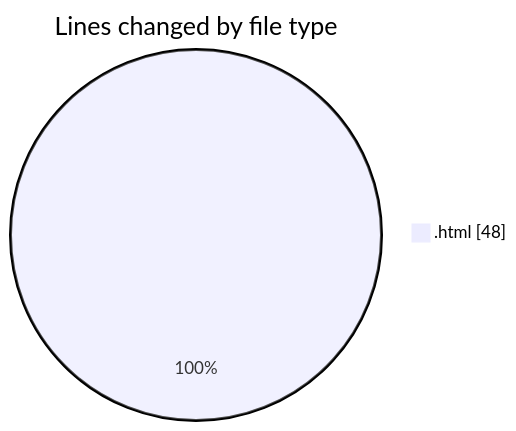
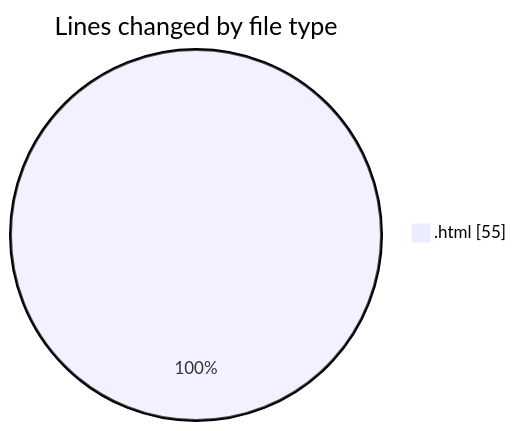
The first of 2 diagrams in 2025-01-07/nueva_carpeta/README.md (LanceThiago/code-tracking), drawn with Mermaid before and after one commit. The commit also changed other lines of this file and 1 other file, not shown here.

````diff
--- a/2025-01-07/nueva_carpeta/README.md
+++ b/2025-01-07/nueva_carpeta/README.md
@@ -20,5 +20,5 @@
 ```mermaid
 pie showData
 title Lines changed by file type
-".html" : 48
+".html" : 55
 ```
````
